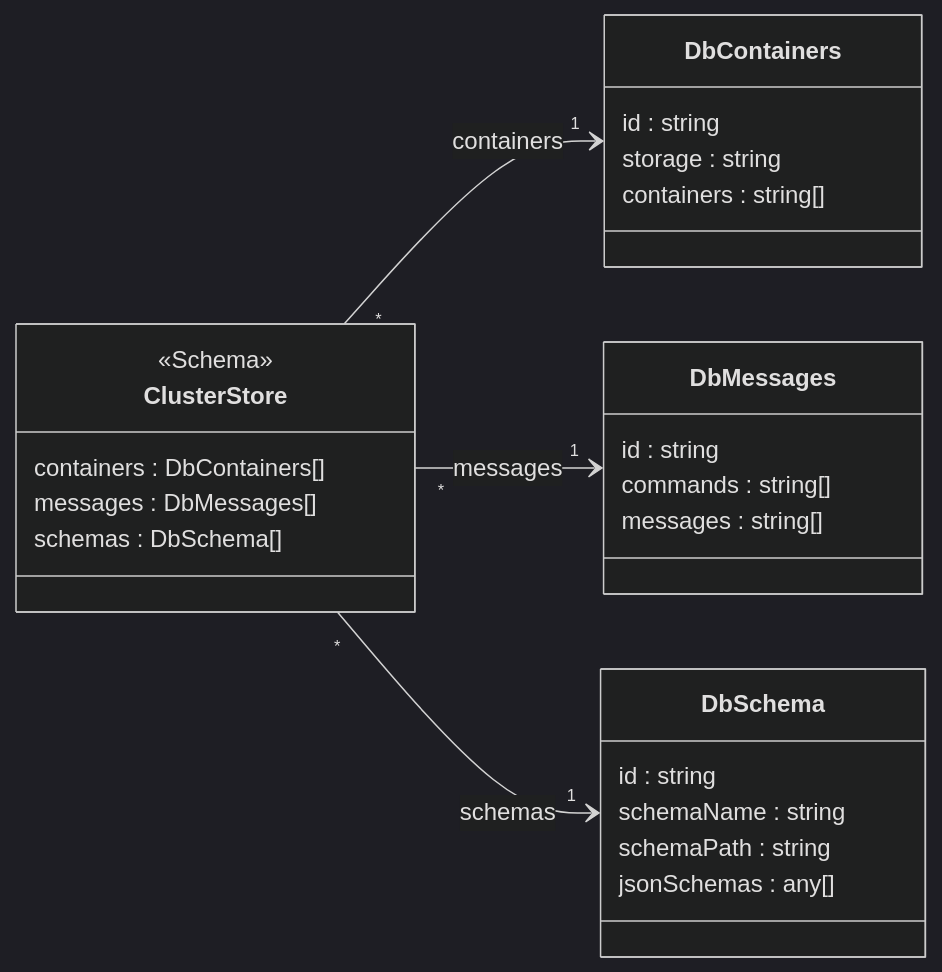
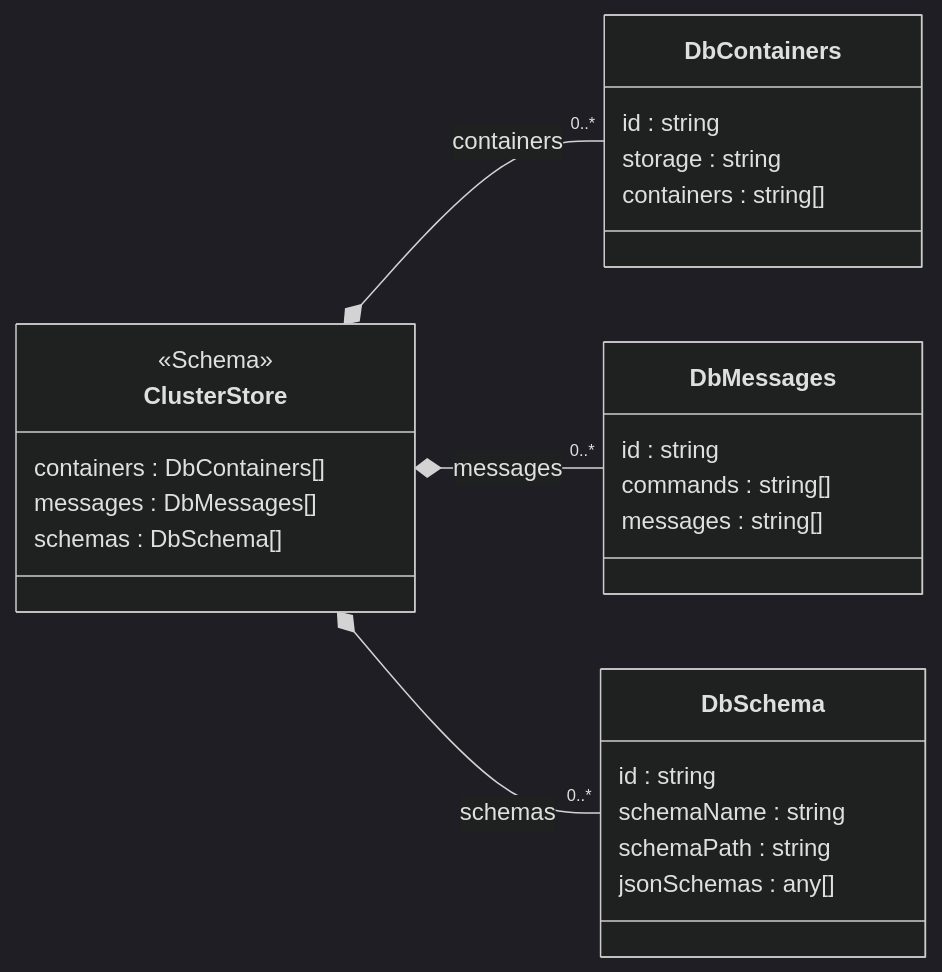
The diagram in Json.Tests/assets~/Schema/Markdown/ClusterStore/class-diagram.md (friflo/Friflo.Json.Fliox), drawn with Mermaid (dark theme) before and after one commit. The commit also changed 9 other files, not shown here.

Commit message:
Schema/Language/Mermaid - set Relationship: Aggregation / Composition; set Cardinality

````diff
--- a/Json.Tests/assets~/Schema/Markdown/ClusterStore/class-diagram.md
+++ b/Json.Tests/assets~/Schema/Markdown/ClusterStore/class-diagram.md
@@ -1,36 +1,36 @@
 ```mermaid
 classDiagram
 direction LR
 
 class ClusterStore:::cssSchema {
     <<Schema>>
     <<abstract>>
     containers  : DbContainers[]
     messages    : DbMessages[]
     schemas     : DbSchema[]
 }
-ClusterStore "*" --> "1" DbContainers : containers
-ClusterStore "*" --> "1" DbMessages : messages
-ClusterStore "*" --> "1" DbSchema : schemas
+ClusterStore *-- "0..*" DbContainers : containers
+ClusterStore *-- "0..*" DbMessages : messages
+ClusterStore *-- "0..*" DbSchema : schemas
 
 class DbContainers:::cssEntity {
     id          : string
     storage     : string
     containers  : string[]
 }
 
 class DbMessages:::cssEntity {
     id        : string
     commands  : string[]
     messages  : string[]
 }
 
 class DbSchema:::cssEntity {
     id           : string
     schemaName   : string
     schemaPath   : string
     jsonSchemas  : any[]
 }
 
 
 ```
````
